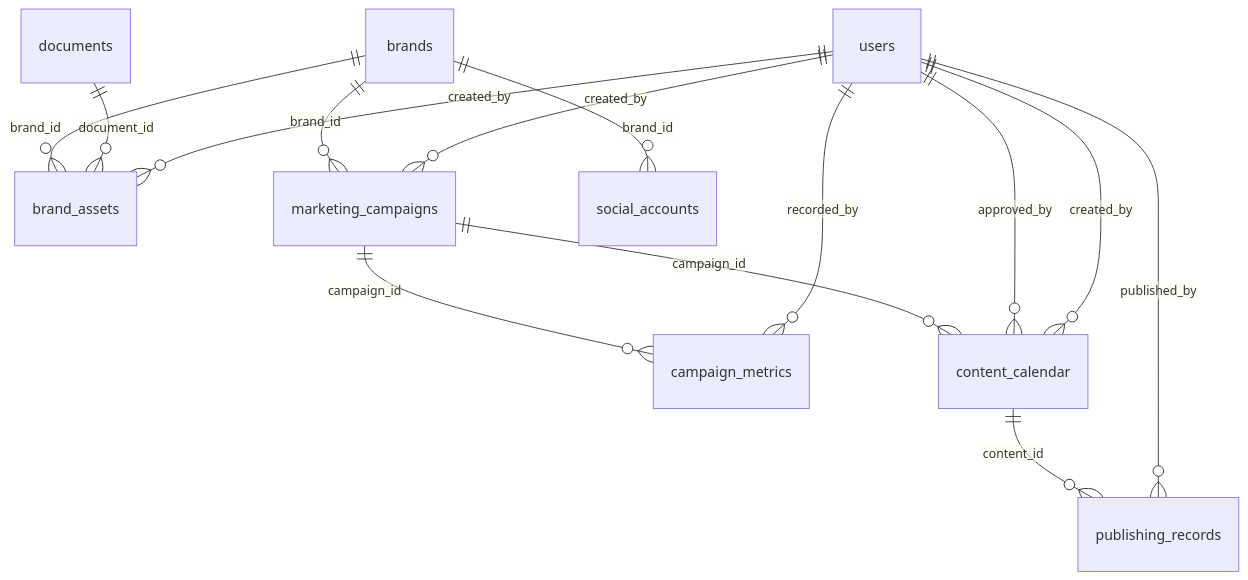
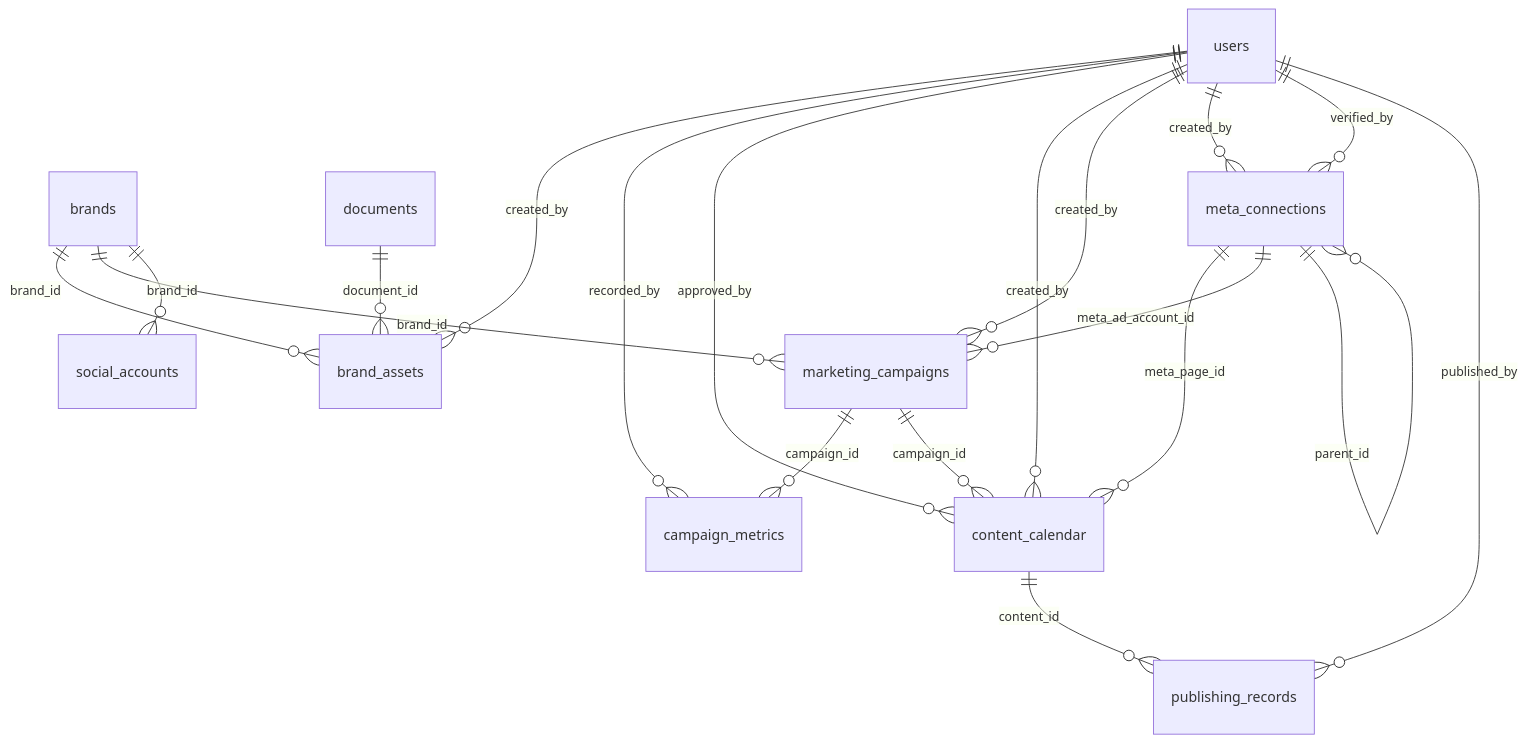
One commit to vatsal04-02/mintree changed diagram 15 of 16 in docs/ENTITY_RELATIONSHIP_MAP.md. Above: the diagram before and after it, drawn with Mermaid. The commit also changed other lines of this file and 66 other files, not shown here.

Commit message:
Benchmark results, resilience drills, workflow/issue/coverage/brand/frontend docs, demo coverage; schema map for 0026

````diff
--- a/docs/ENTITY_RELATIONSHIP_MAP.md
+++ b/docs/ENTITY_RELATIONSHIP_MAP.md
@@ -398,16 +398,21 @@
 ```mermaid
 erDiagram
     brands ||--o{ brand_assets : "brand_id"
     documents ||--o{ brand_assets : "document_id"
     users ||--o{ brand_assets : "created_by"
     marketing_campaigns ||--o{ campaign_metrics : "campaign_id"
     users ||--o{ campaign_metrics : "recorded_by"
     marketing_campaigns ||--o{ content_calendar : "campaign_id"
+    meta_connections ||--o{ content_calendar : "meta_page_id"
     users ||--o{ content_calendar : "approved_by"
     users ||--o{ content_calendar : "created_by"
     brands ||--o{ marketing_campaigns : "brand_id"
+    meta_connections ||--o{ marketing_campaigns : "meta_ad_account_id"
     users ||--o{ marketing_campaigns : "created_by"
+    meta_connections ||--o{ meta_connections : "parent_id"
+    users ||--o{ meta_connections : "created_by"
+    users ||--o{ meta_connections : "verified_by"
     content_calendar ||--o{ publishing_records : "content_id"
     users ||--o{ publishing_records : "published_by"
     brands ||--o{ social_accounts : "brand_id"
 ```
````
